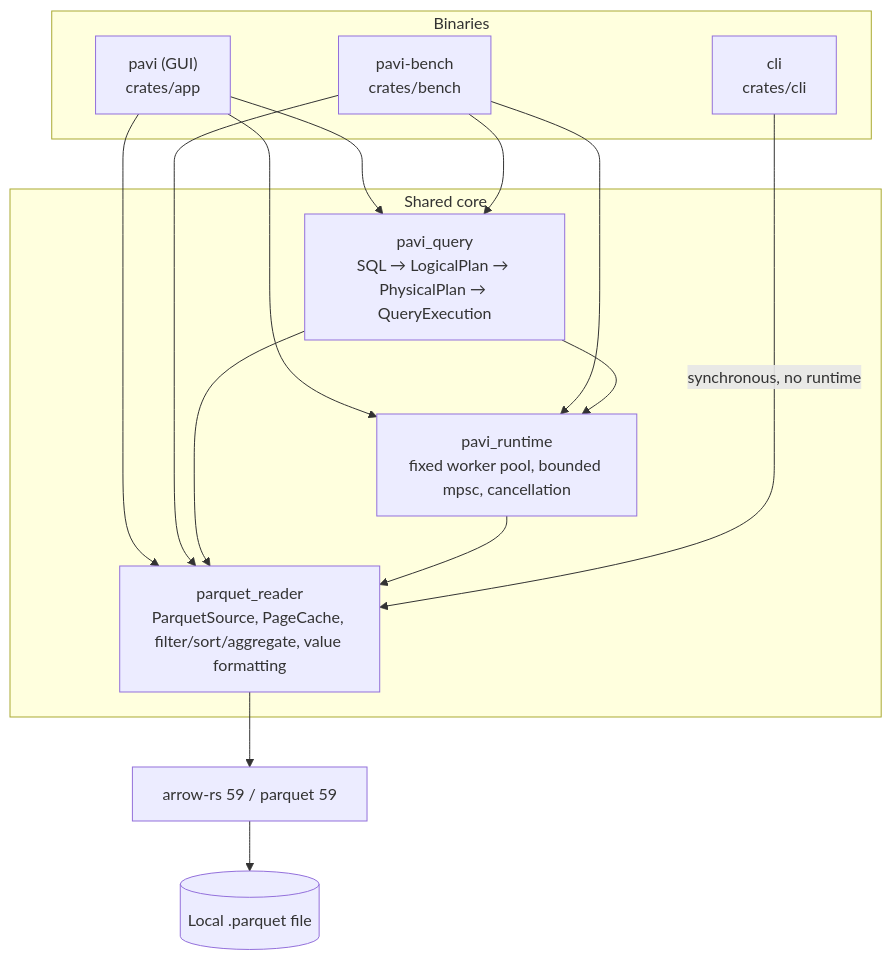
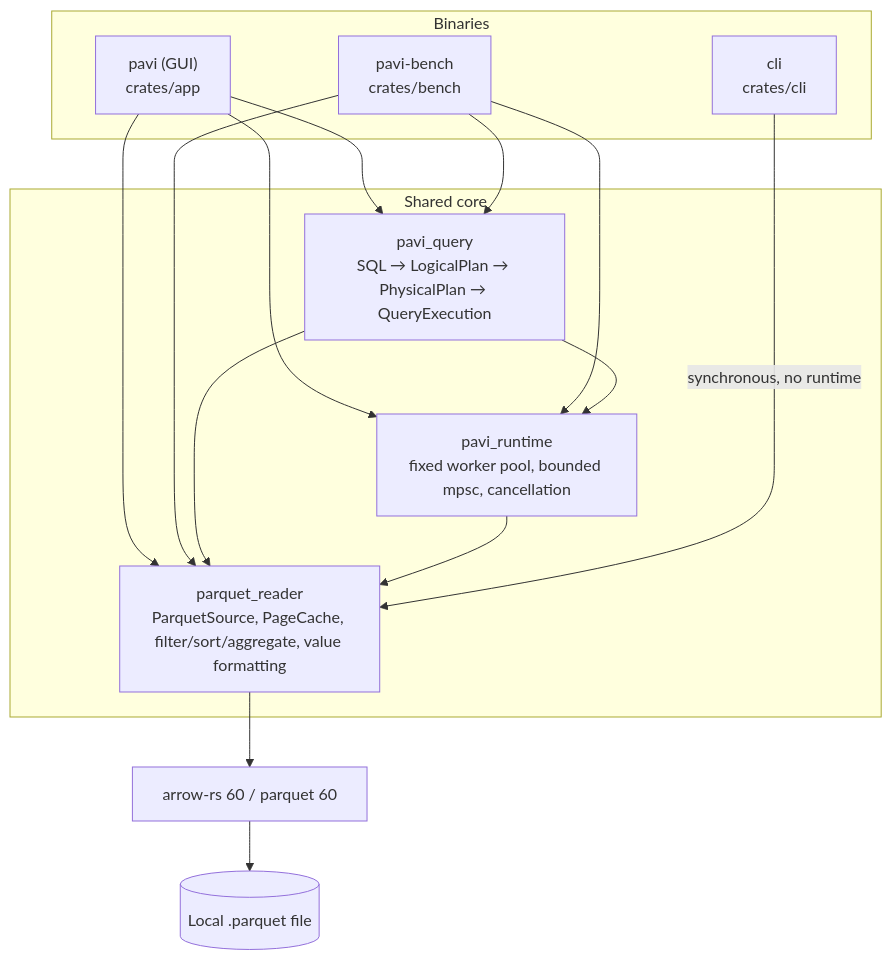
The diagram in docs/ARCHITECTURE.md (elshanhsynv/pavi), drawn with Mermaid before and after one commit. The commit also changed 9 other files, not shown here.

````diff
--- a/docs/ARCHITECTURE.md
+++ b/docs/ARCHITECTURE.md
@@ -15,27 +15,27 @@
 ```mermaid
 flowchart TB
     subgraph Binaries
         GUI["pavi (GUI)<br/>crates/app"]
         CLI["cli<br/>crates/cli"]
         BENCH["pavi-bench<br/>crates/bench"]
     end
     subgraph Shared core
         QUERY["pavi_query<br/>SQL → LogicalPlan → PhysicalPlan → QueryExecution"]
         RUNTIME["pavi_runtime<br/>fixed worker pool, bounded mpsc, cancellation"]
         PQ["parquet_reader<br/>ParquetSource, PageCache, filter/sort/aggregate, value formatting"]
     end
-    ARROW["arrow-rs 59 / parquet 59"]
+    ARROW["arrow-rs 60 / parquet 60"]
     FS[("Local .parquet file")]
 
     GUI --> QUERY
     GUI --> RUNTIME
     GUI --> PQ
     BENCH --> QUERY
     BENCH --> RUNTIME
     BENCH --> PQ
     QUERY --> RUNTIME
     QUERY --> PQ
     RUNTIME --> PQ
     CLI -->|"synchronous, no runtime"| PQ
     PQ --> ARROW --> FS
 ```
````
